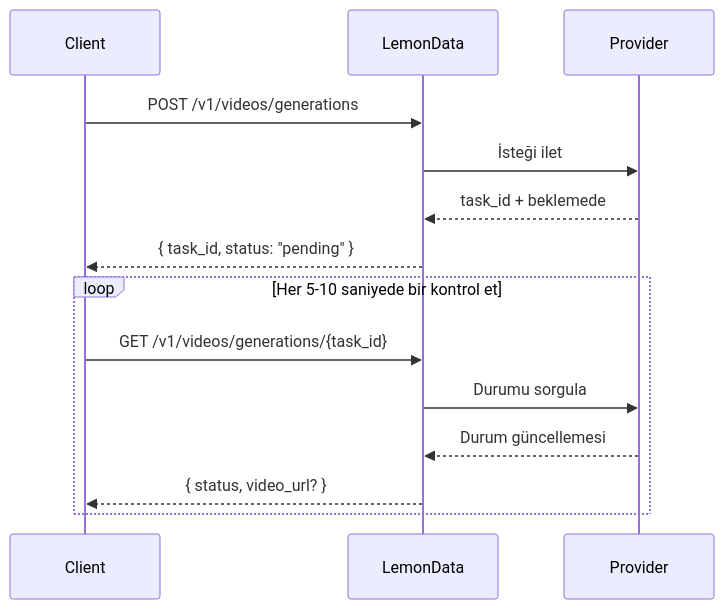
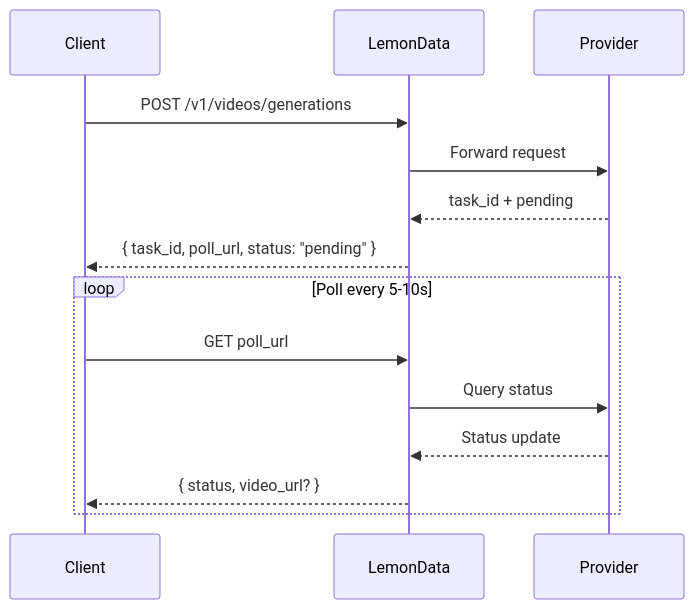
The diagram in tr/guides/video-generation.mdx (hedging8563/lemondata-docs), drawn with Mermaid before and after one commit. The commit also changed other lines of this file and 40 other files, not shown here.

````diff
--- a/tr/guides/video-generation.mdx
+++ b/tr/guides/video-generation.mdx
@@ -16,18 +16,18 @@
 ```mermaid
 sequenceDiagram
     participant Client
     participant LemonData
     participant Provider
 
     Client->>LemonData: POST /v1/videos/generations
-    LemonData->>Provider: İsteği ilet
-    Provider-->>LemonData: task_id + beklemede
-    LemonData-->>Client: { task_id, status: "pending" }
+    LemonData->>Provider: Forward request
+    Provider-->>LemonData: task_id + pending
+    LemonData-->>Client: { task_id, poll_url, status: "pending" }
 
-    loop Her 5-10 saniyede bir kontrol et
-        Client->>LemonData: GET /v1/videos/generations/{task_id}
-        LemonData->>Provider: Durumu sorgula
-        Provider-->>LemonData: Durum güncellemesi
+    loop Poll every 5-10s
+        Client->>LemonData: GET poll_url
+        LemonData->>Provider: Query status
+        Provider-->>LemonData: Status update
         LemonData-->>Client: { status, video_url? }
     end
 ```
````
